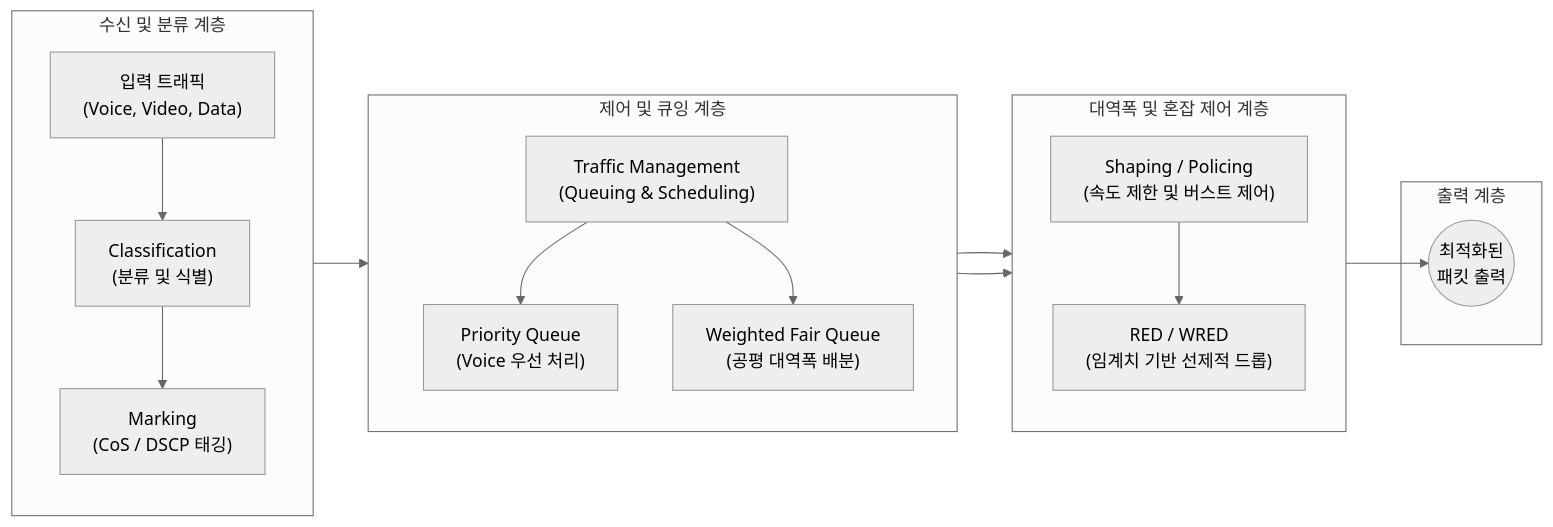
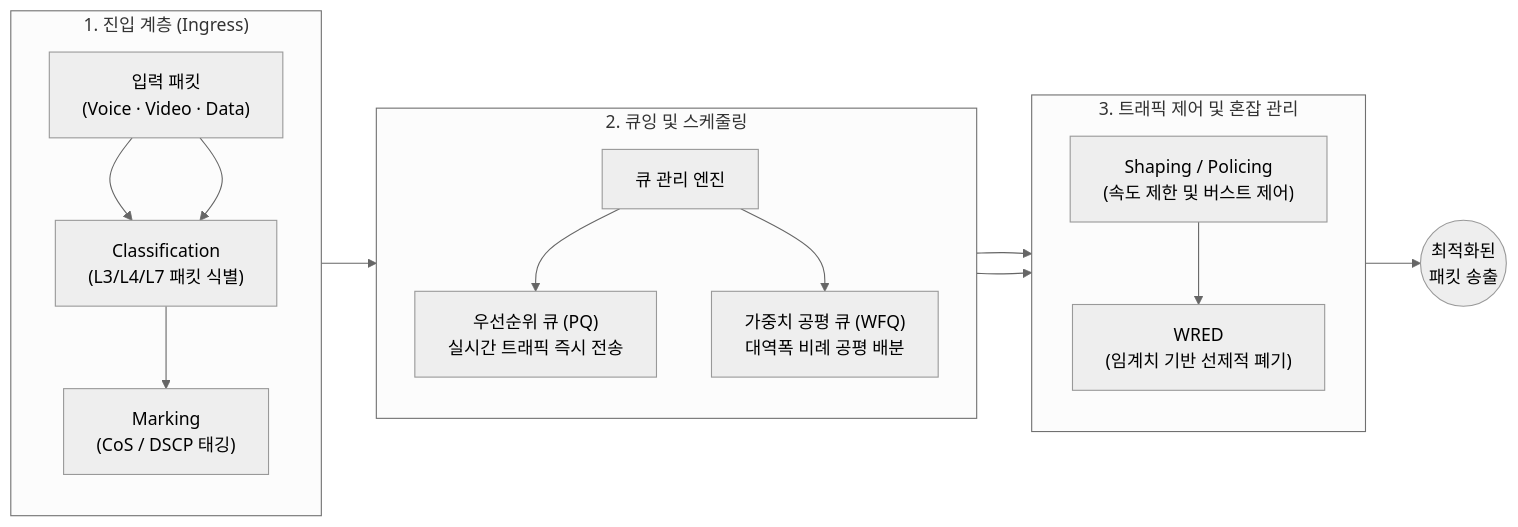
Before and after one commit to supremethumb/supremethumb.github.io: the diagram in content/01_IT Tech/QoS.md, drawn with Mermaid (neutral theme). The commit also changed other lines of this file and 362 other files, not shown here.

````diff
--- a/content/01_IT Tech/QoS.md
+++ b/content/01_IT Tech/QoS.md
@@ -33,36 +36,30 @@
 ```mermaid
 flowchart LR
-    subgraph Ingress ["수신 및 분류 계층"]
+    subgraph Ingress ["1. 진입 계층 (Ingress)"]
         direction TB
-        TrafficIn["입력 트래픽<br/>(Voice, Video, Data)"] --> Class["Classification<br/>(분류 및 식별)"]
+        In["입력 패킷<br/>(Voice · Video · Data)"] --> Class["Classification<br/>(L3/L4/L7 패킷 식별)"]
         Class --> Mark["Marking<br/>(CoS / DSCP 태깅)"]
     end
 
-    subgraph Control ["제어 및 큐잉 계층"]
+    subgraph Queuing ["2. 큐잉 및 스케줄링"]
         direction TB
-        Queue["Traffic Management<br/>(Queuing & Scheduling)"]
-        PQ["Priority Queue<br/>(Voice 우선 처리)"]
-        WFQ["Weighted Fair Queue<br/>(공평 대역폭 배분)"]
-        
-        Queue --> PQ
-        Queue --> WFQ
+        Q["큐 관리 엔진"]
+        PQ["우선순위 큐 (PQ)<br/>실시간 트래픽 즉시 전송"]
+        WFQ["가중치 공평 큐 (WFQ)<br/>대역폭 비례 공평 배분"]
+        Q --> PQ & WFQ
     end
 
-    subgraph Shaping_Dropping ["대역폭 및 혼잡 제어 계층"]
+    subgraph Congestion ["3. 트래픽 제어 및 혼잡 관리"]
         direction TB
         Shape["Shaping / Policing<br/>(속도 제한 및 버스트 제어)"]
-        Drop["RED / WRED<br/>(임계치 기반 선제적 드롭)"]
-        
+        Drop["WRED<br/>(임계치 기반 선제적 폐기)"]
         Shape --> Drop
     end
 
-    subgraph Egress ["출력 계층"]
-        TrafficOut(("최적화된<br/>패킷 출력"))
-    end
+    Out(("최적화된<br/>패킷 송출"))
 
-    Mark --> Queue
-    PQ --> Shape
-    WFQ --> Shape
-    Drop --> TrafficOut
-
+    In --> Class
+    Mark --> Q
+    PQ & WFQ --> Shape
+    Drop --> Out
 ```
````
